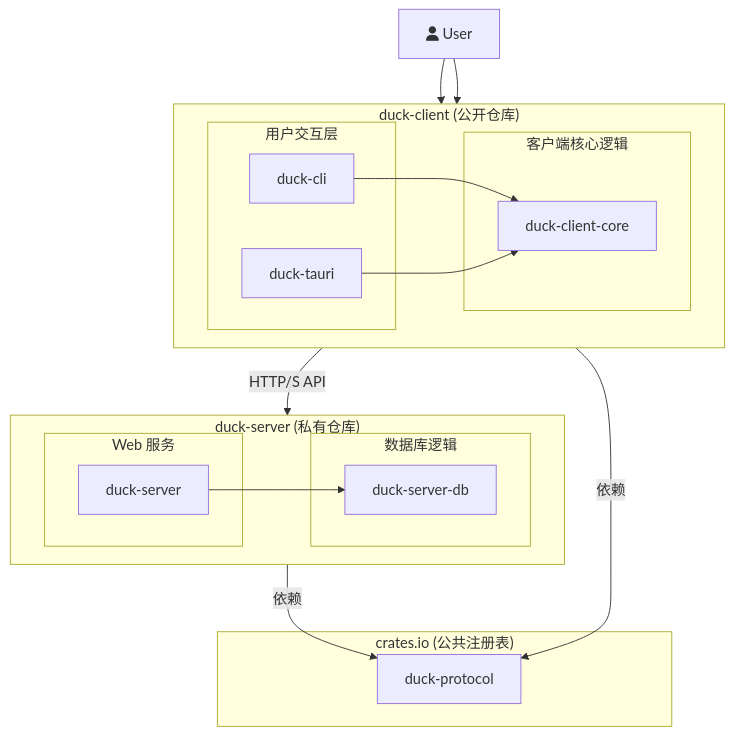
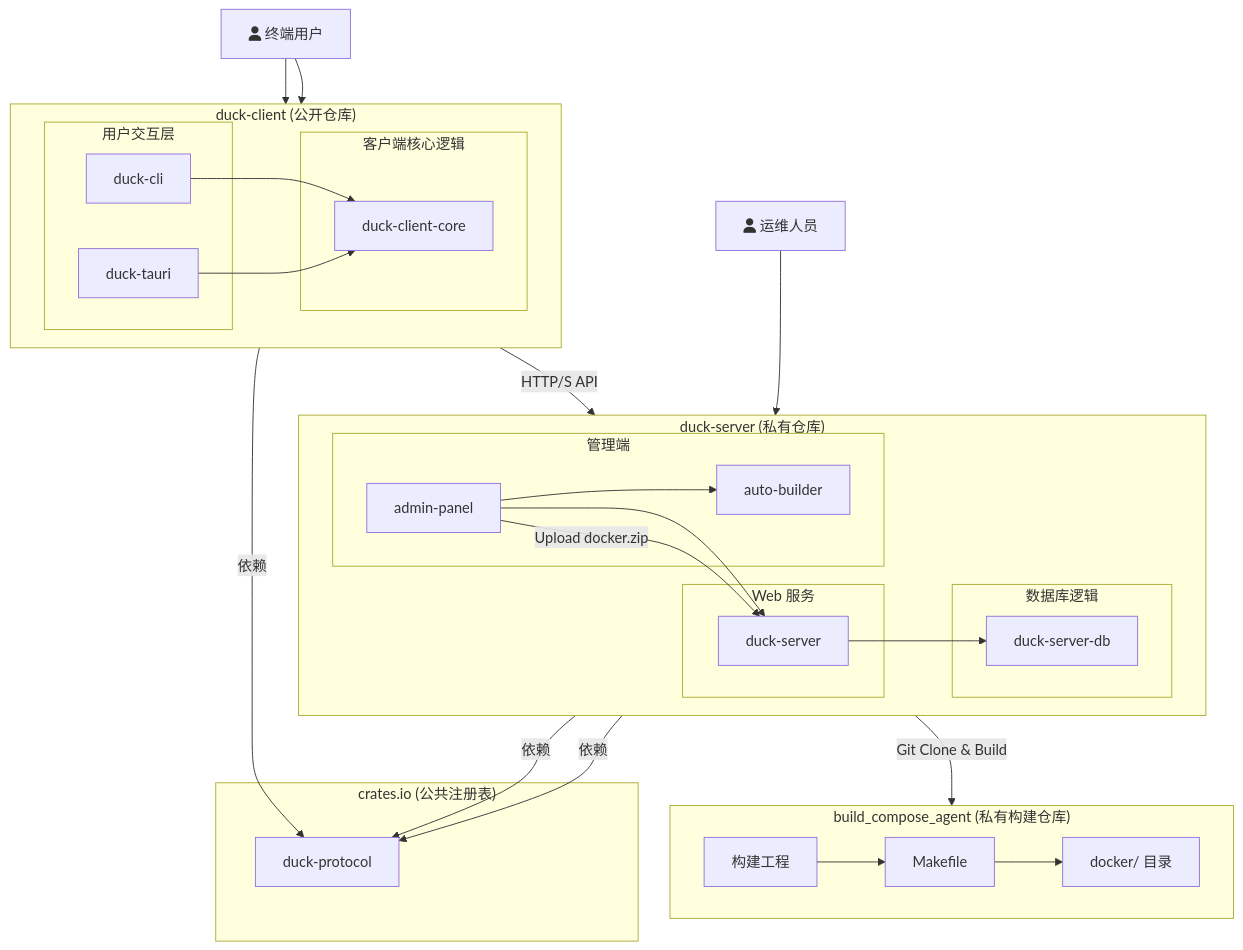
Before and after one commit to soddygo/duck_client: the diagram in spec/Design.md, drawn with Mermaid. The commit also changed other lines of this file and 109 other files, not shown here.

````diff
--- a/spec/Design.md
+++ b/spec/Design.md
@@ -80,39 +133,60 @@
 ```mermaid
 graph TD
     subgraph "duck-client (公开仓库)"
         direction LR
         subgraph "用户交互层"
             CLI[duck-cli]
-            Tauri[duck-tauri]
+            ClientTauri[duck-tauri]
         end
 
         subgraph "客户端核心逻辑"
             ClientCore[duck-client-core]
         end
 
         CLI --> ClientCore
-        Tauri --> ClientCore
+        ClientTauri --> ClientCore
     end
 
     subgraph "duck-server (私有仓库)"
         direction LR
         subgraph "Web 服务"
             Server[duck-server]
         end
         subgraph "数据库逻辑"
             DB[duck-server-db]
         end
+        subgraph "管理端"
+            AdminPanel[admin-panel]
+            AutoBuilder[auto-builder]
+        end
         Server --> DB
+        AdminPanel --> AutoBuilder
+        AdminPanel --> Server
+    end
+
+    subgraph "build_compose_agent (私有构建仓库)"
+        direction LR
+        BuildProject[构建工程]
+        DockerFiles[docker/ 目录]
+        Makefile[Makefile]
+        
+        Makefile --> DockerFiles
+        BuildProject --> Makefile
     end
     
     subgraph "crates.io (公共注册表)"
         Protocol[duck-protocol]
     end
 
     ClientCore -- "依赖" --> Protocol
     Server -- "依赖" --> Protocol
+    AdminPanel -- "依赖" --> Protocol
     
-    User[fa:fa-user User] --> CLI
-    User --> Tauri
+    EndUser[fa:fa-user 终端用户] --> CLI
+    EndUser --> ClientTauri
+    DevOps[fa:fa-user 运维人员] --> AdminPanel
+    
     ClientCore -- "HTTP/S API" --> Server
+    AdminPanel -- "Git Clone & Build" --> BuildProject
+    AdminPanel -- "Upload docker.zip" --> Server
 ```
````
